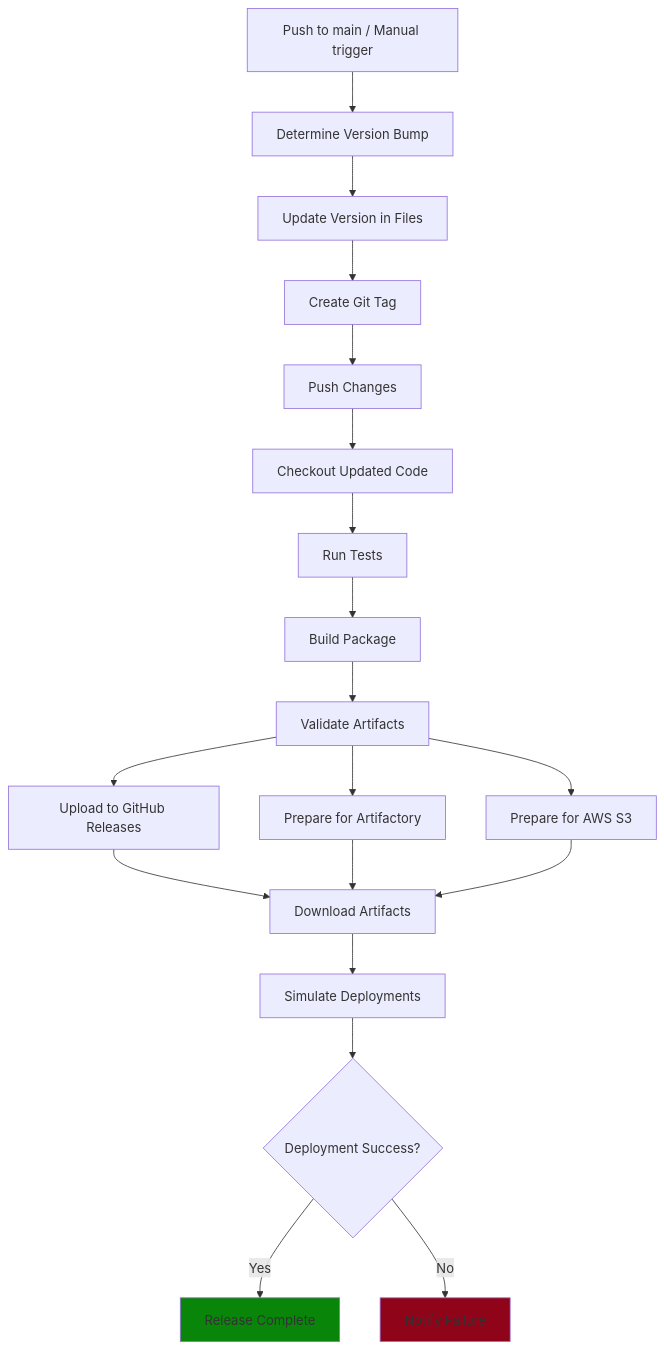
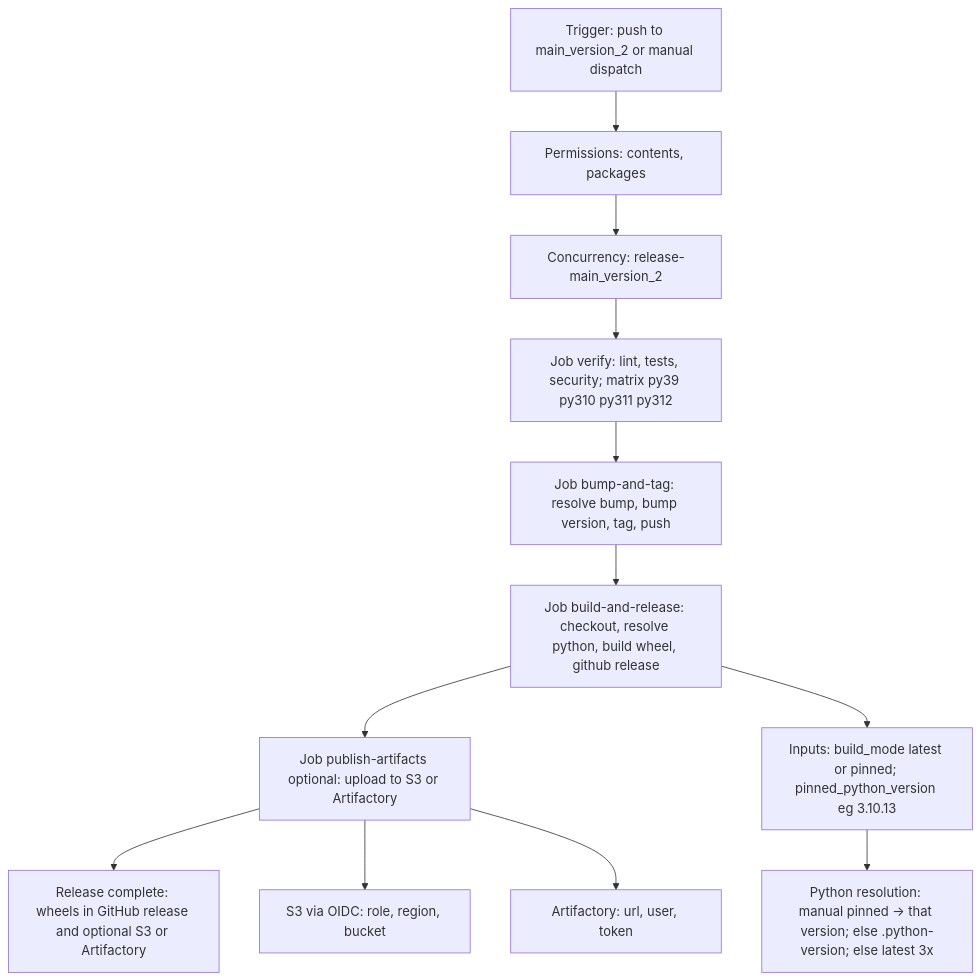
One commit to Matan-Shabi/msd-pipeline-hw changed the second of 2 diagrams in README.md. Above: the diagram before and after it, drawn with Mermaid. The commit also changed other lines of this file and 2 other files, not shown here.

Commit message:
PR and Release upgraded versions

````diff
--- a/README.md
+++ b/README.md
@@ -120,29 +140,24 @@
 ```mermaid
-graph TB
-    A[Push to main / Manual trigger] --> B[Determine Version Bump]
-    B --> C[Update Version in Files]
-    C --> D[Create Git Tag]
-    D --> E[Push Changes]
+flowchart TB
+    A[Trigger: push to main_version_2 or manual dispatch]
+    B[Permissions: contents, packages]
+    C[Concurrency: release-main_version_2]
 
-    E --> F[Checkout Updated Code]
-    F --> G[Run Tests]
-    G --> H[Build Package]
-    H --> I[Validate Artifacts]
+    D[Job verify: lint, tests, security; matrix py39 py310 py311 py312]
+E[Job bump-and-tag: resolve bump, bump version, tag, push]
+F[Job build-and-release: checkout, resolve python, build wheel, github release]
+G[Job publish-artifacts optional: upload to S3 or Artifactory]
 
-    I --> J[Upload to GitHub Releases]
-    I --> K[Prepare for Artifactory]
-    I --> L[Prepare for AWS S3]
+H[Inputs: build_mode latest or pinned; pinned_python_version eg 3.10.13]
+I[Python resolution: manual pinned -> that version; else .python-version; else latest 3x]
+J[S3 via OIDC: role, region, bucket]
+K[Artifactory: url, user, token]
+L[Release complete: wheels in GitHub release and optional S3 or Artifactory]
 
-    J --> M[Download Artifacts]
-    K --> M
-    L --> M
+A --> B --> C --> D --> E --> F --> G --> L
+F --> H --> I
+G --> J
+G --> K
 
-    M --> N[Simulate Deployments]
-    N --> O{Deployment Success?}
 
-    O -->|Yes| P[ Release Complete]
-    O -->|No| Q[ Notify Failure]
-
-    style P fill:#098509
-    style Q fill:#8f0419
 ```
````
